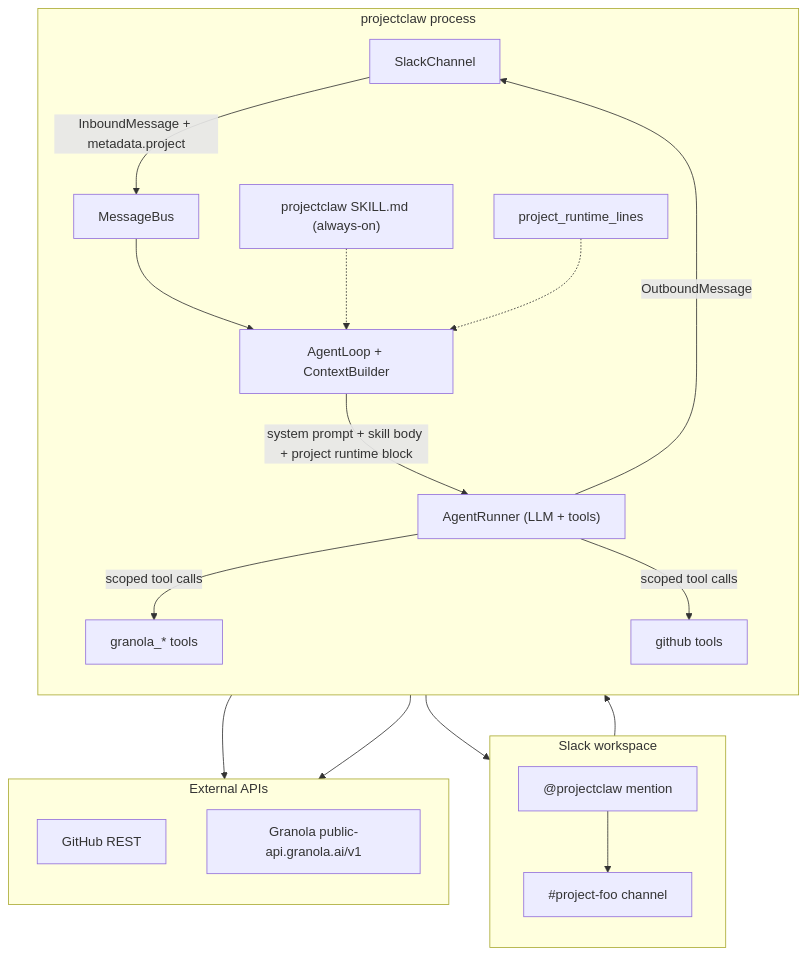
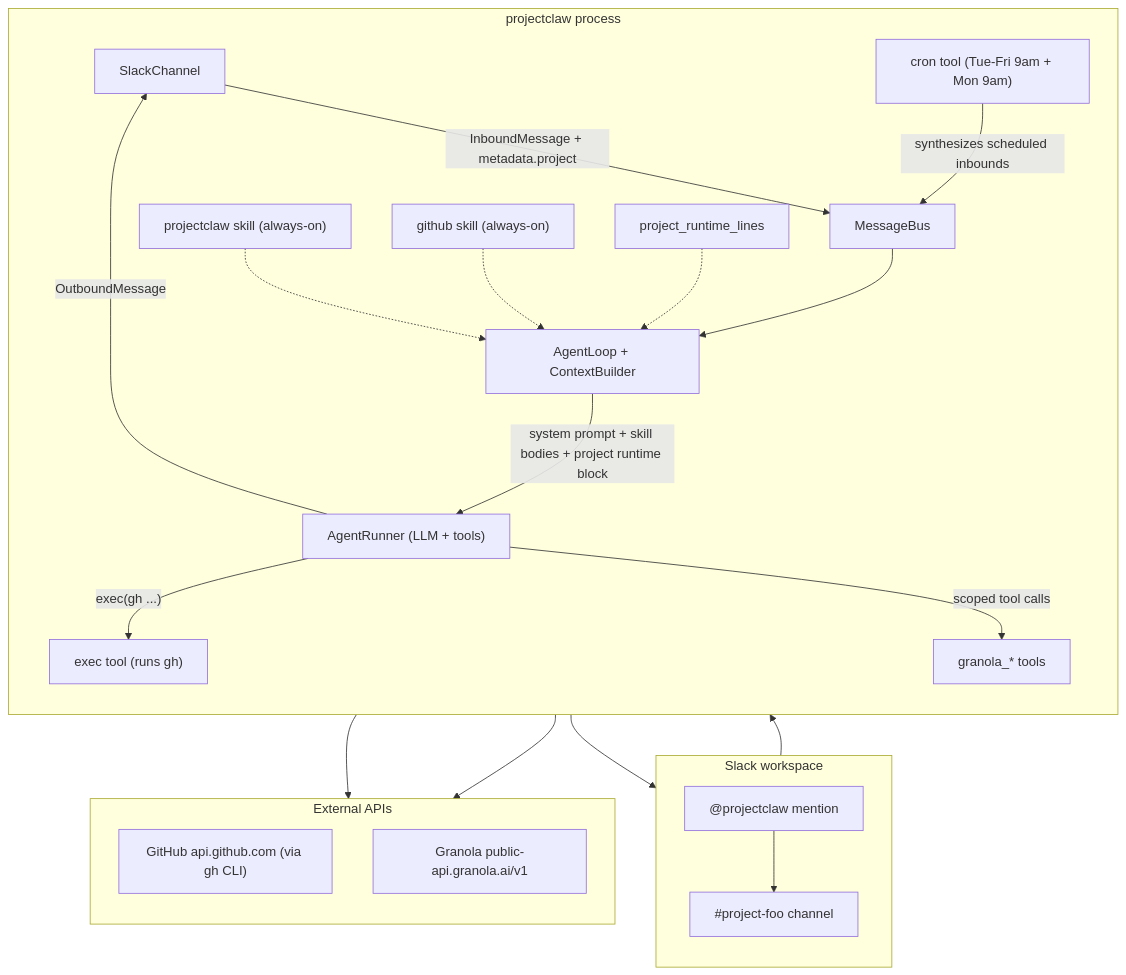
Before and after one commit to gies-ai-experiments/project-claw: the diagram in PROJECTCLAW.md, drawn with Mermaid. The commit also changed other lines of this file, not shown here.

First line of the commit message:
docs: refresh PROJECTCLAW.md for current state

````diff
--- a/PROJECTCLAW.md
+++ b/PROJECTCLAW.md
@@ -28,38 +48,42 @@
 ```mermaid
 flowchart TB
   subgraph slack["Slack workspace"]
     direction TB
     chan["#project-foo channel"]
     user["@projectclaw mention"]
   end
 
   subgraph nb["projectclaw process"]
     direction TB
     sch["SlackChannel"]
     bus["MessageBus"]
     loop["AgentLoop + ContextBuilder"]
     runner["AgentRunner (LLM + tools)"]
-    skill["projectclaw SKILL.md (always-on)"]
+    pcskill["projectclaw skill (always-on)"]
+    ghskill["github skill (always-on)"]
     rl["project_runtime_lines"]
-    gh["granola_* tools"]
-    ghtools["github tools"]
+    gtools["granola_* tools"]
+    exec["exec tool (runs gh)"]
+    cron["cron tool (Tue-Fri 9am + Mon 9am)"]
   end
 
   subgraph ext["External APIs"]
     direction TB
-    ghapi["GitHub REST"]
+    ghapi["GitHub api.github.com (via gh CLI)"]
     grapi["Granola public-api.granola.ai/v1"]
   end
 
   user --> chan --> sch
   sch -- "InboundMessage + metadata.project" --> bus
   bus --> loop
-  loop -- "system prompt + skill body + project runtime block" --> runner
-  skill -.-> loop
+  loop -- "system prompt + skill bodies + project runtime block" --> runner
+  pcskill -.-> loop
+  ghskill -.-> loop
   rl -.-> loop
-  runner -- "scoped tool calls" --> gh
-  runner -- "scoped tool calls" --> ghtools
-  gh --> grapi
-  ghtools --> ghapi
+  cron -- "synthesizes scheduled inbounds" --> bus
+  runner -- "scoped tool calls" --> gtools
+  runner -- "exec(gh ...)" --> exec
+  gtools --> grapi
+  exec --> ghapi
   runner -- "OutboundMessage" --> sch --> chan
 ```
````
